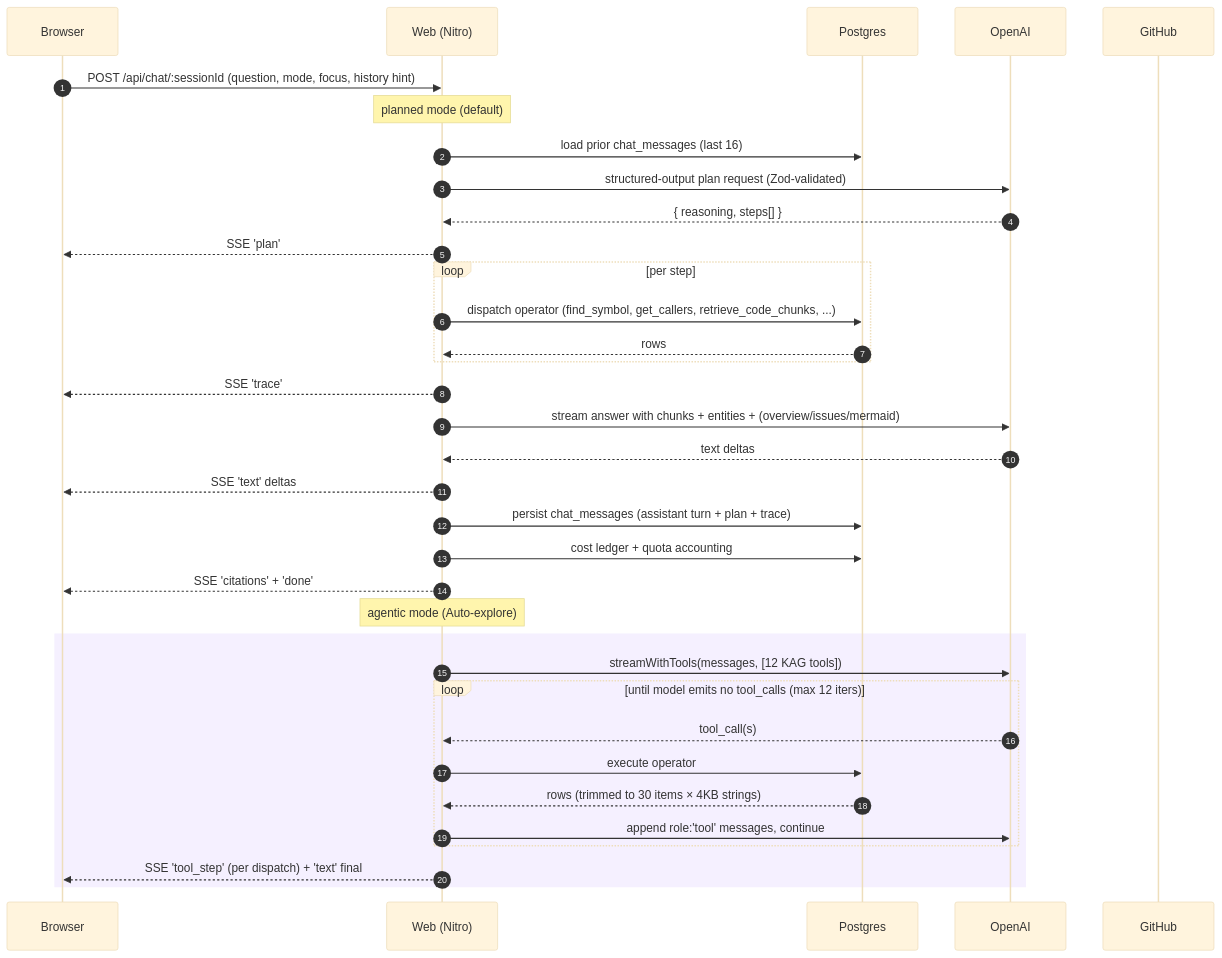
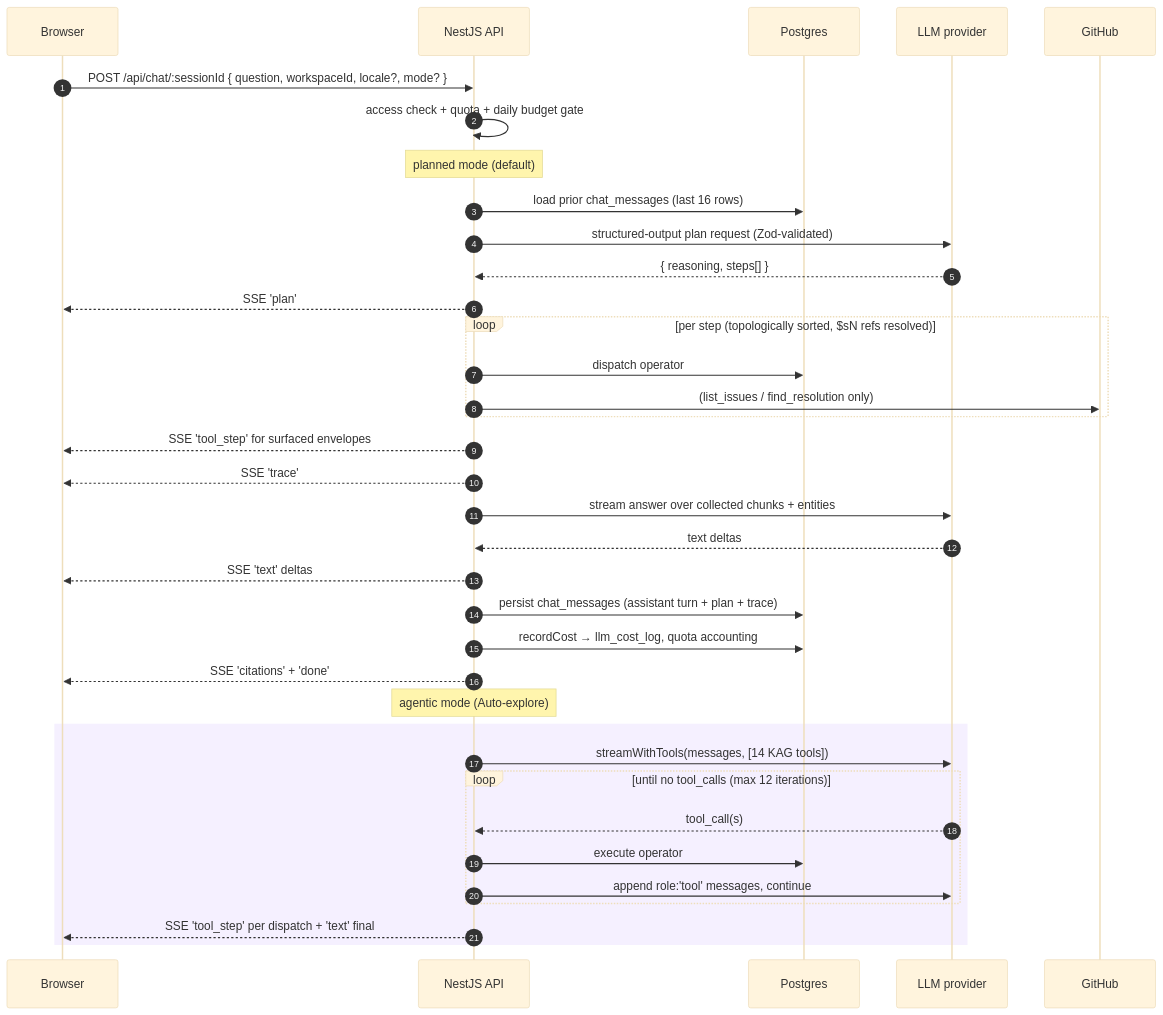
The third of 4 diagrams in docs/architecture.md (psyspeedi/repobuddy), drawn with Mermaid (base theme) before and after one commit. The commit also changed other lines of this file and 7 other files, not shown here.

````diff
--- a/docs/architecture.md
+++ b/docs/architecture.md
@@ -90,40 +141,41 @@
 ```mermaid
 sequenceDiagram
     autonumber
     participant B as Browser
-    participant W as Web (Nitro)
+    participant A as NestJS API
     participant P as Postgres
-    participant O as OpenAI
+    participant O as LLM provider
     participant G as GitHub
 
-    B->>W: POST /api/chat/:sessionId (question, mode, focus, history hint)
+    B->>A: POST /api/chat/:sessionId { question, workspaceId, locale?, mode? }
+    A->>A: access check + quota + daily budget gate
 
-    Note over W: planned mode (default)
-    W->>P: load prior chat_messages (last 16)
-    W->>O: structured-output plan request (Zod-validated)
-    O-->>W: { reasoning, steps[] }
-    W-->>B: SSE 'plan'
-    loop per step
-      W->>P: dispatch operator (find_symbol, get_callers, retrieve_code_chunks, ...)
-      P-->>W: rows
+    Note over A: planned mode (default)
+    A->>P: load prior chat_messages (last 16 rows)
+    A->>O: structured-output plan request (Zod-validated)
+    O-->>A: { reasoning, steps[] }
+    A-->>B: SSE 'plan'
+    loop per step (topologically sorted, $sN refs resolved)
+      A->>P: dispatch operator
+      A->>G: (list_issues / find_resolution only)
     end
-    W-->>B: SSE 'trace'
-    W->>O: stream answer with chunks + entities + (overview/issues/mermaid)
-    O-->>W: text deltas
-    W-->>B: SSE 'text' deltas
-    W->>P: persist chat_messages (assistant turn + plan + trace)
-    W->>P: cost ledger + quota accounting
-    W-->>B: SSE 'citations' + 'done'
+    A-->>B: SSE 'tool_step' for surfaced envelopes
+    A-->>B: SSE 'trace'
+    A->>O: stream answer over collected chunks + entities
+    O-->>A: text deltas
+    A-->>B: SSE 'text' deltas
+    A->>P: persist chat_messages (assistant turn + plan + trace)
+    A->>P: recordCost → llm_cost_log, quota accounting
+    A-->>B: SSE 'citations' + 'done'
 
-    Note over W: agentic mode (Auto-explore)
+    Note over A: agentic mode (Auto-explore)
     rect rgb(245,240,255)
-      W->>O: streamWithTools(messages, [12 KAG tools])
-      loop until model emits no tool_calls (max 12 iters)
-        O-->>W: tool_call(s)
-        W->>P: execute operator
-        P-->>W: rows (trimmed to 30 items × 4KB strings)
-        W->>O: append role:'tool' messages, continue
+      A->>O: streamWithTools(messages, [14 KAG tools])
+      loop until no tool_calls (max 12 iterations)
+        O-->>A: tool_call(s)
+        A->>P: execute operator
+        A->>O: append role:'tool' messages, continue
       end
-      W-->>B: SSE 'tool_step' (per dispatch) + 'text' final
+      A-->>B: SSE 'tool_step' per dispatch + 'text' final
     end
 ```
````
